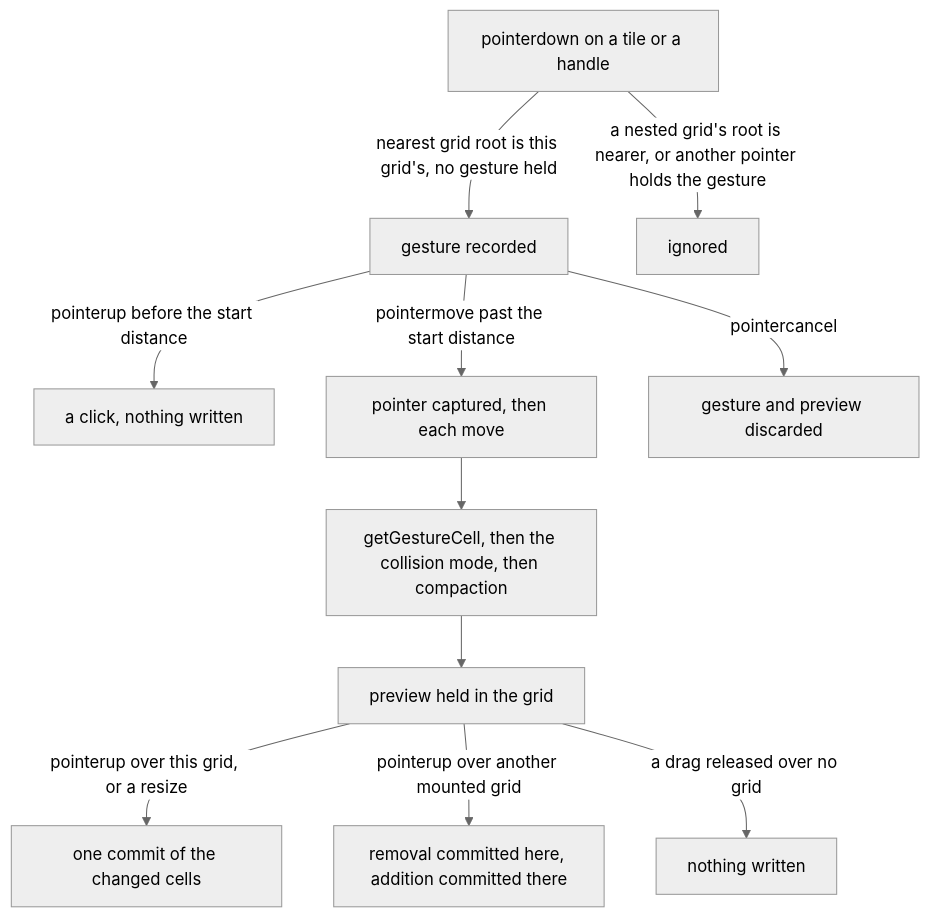
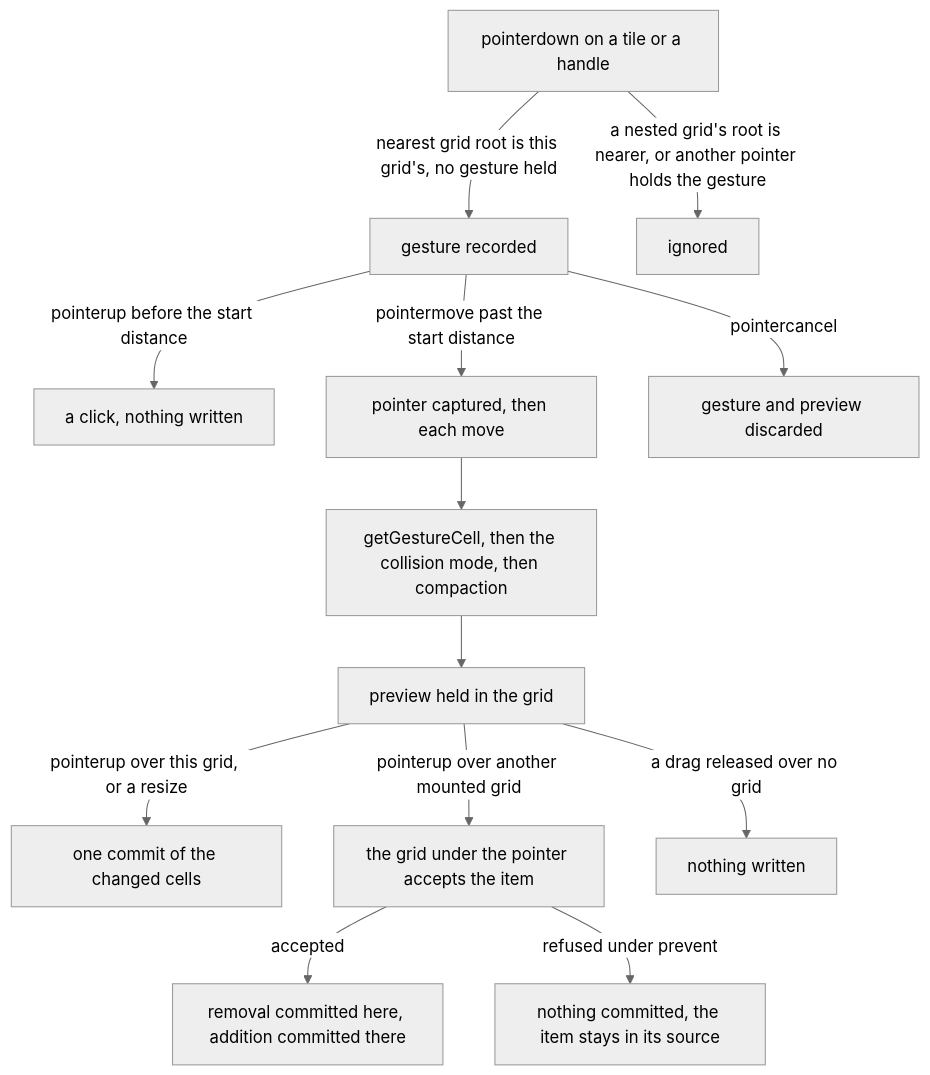
The diagram in openspec/specs/vue-grid-layout-headless/grid-layout/design.md (Esposter/Esposter), drawn with Mermaid (neutral theme) before and after one commit. The commit also changed other lines of this file and 1 other file, not shown here.

First line of the commit message:
docs(openspec): the grid layout's refusals, routing, bounds and cancel handling have scenarios and prose that match the code

````diff
--- a/openspec/specs/vue-grid-layout-headless/grid-layout/design.md
+++ b/openspec/specs/vue-grid-layout-headless/grid-layout/design.md
@@ -13,13 +13,15 @@
 ```mermaid
 flowchart TD
   press["pointerdown on a tile or a handle"] -->|"nearest grid root is this grid's, no gesture held"| gesture["gesture recorded"]
   press -->|"a nested grid's root is nearer, or another pointer holds the gesture"| ignored["ignored"]
   gesture -->|"pointerup before the start distance"| click["a click, nothing written"]
   gesture -->|"pointermove past the start distance"| captured["pointer captured, then each move"]
   captured --> cell["getGestureCell, then the collision mode, then compaction"]
   cell --> preview["preview held in the grid"]
   preview -->|"pointerup over this grid, or a resize"| commit["one commit of the changed cells"]
-  preview -->|"pointerup over another mounted grid"| handoff["removal committed here, addition committed there"]
+  preview -->|"pointerup over another mounted grid"| handoff["the grid under the pointer accepts the item"]
+  handoff -->|"accepted"| transferred["removal committed here, addition committed there"]
+  handoff -->|"refused under prevent"| refused["nothing committed, the item stays in its source"]
   preview -->|"a drag released over no grid"| dropped["nothing written"]
   gesture -->|"pointercancel"| discarded["gesture and preview discarded"]
 ```
````
